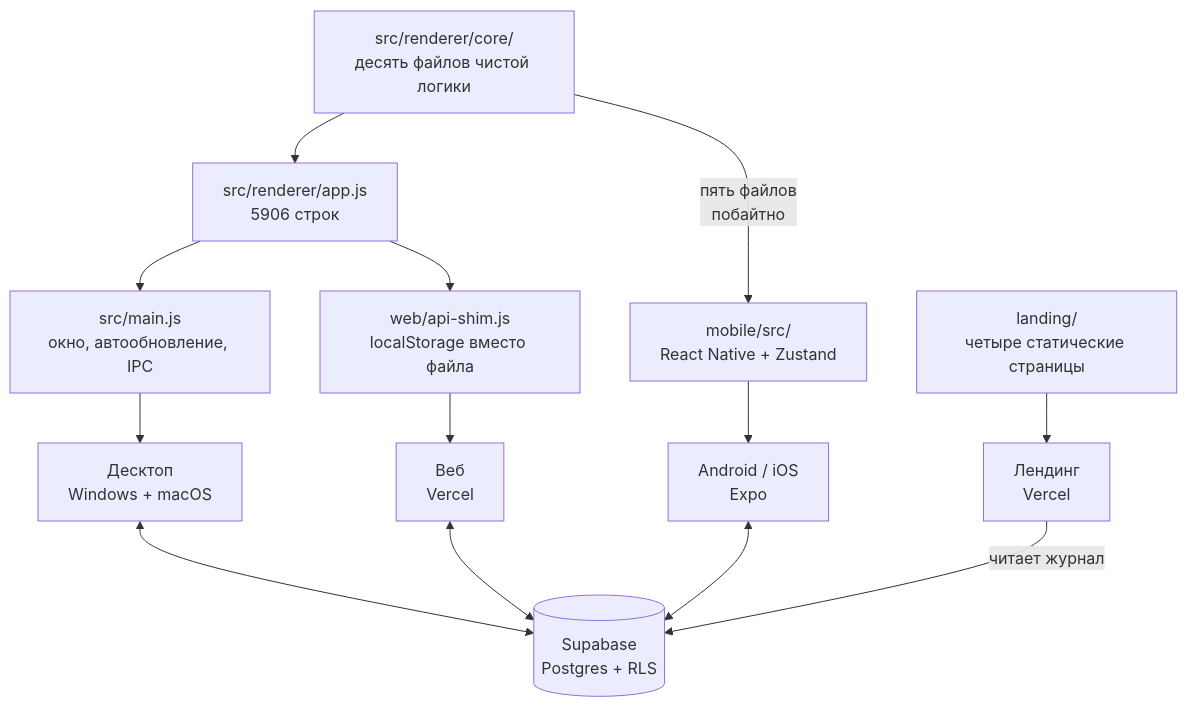
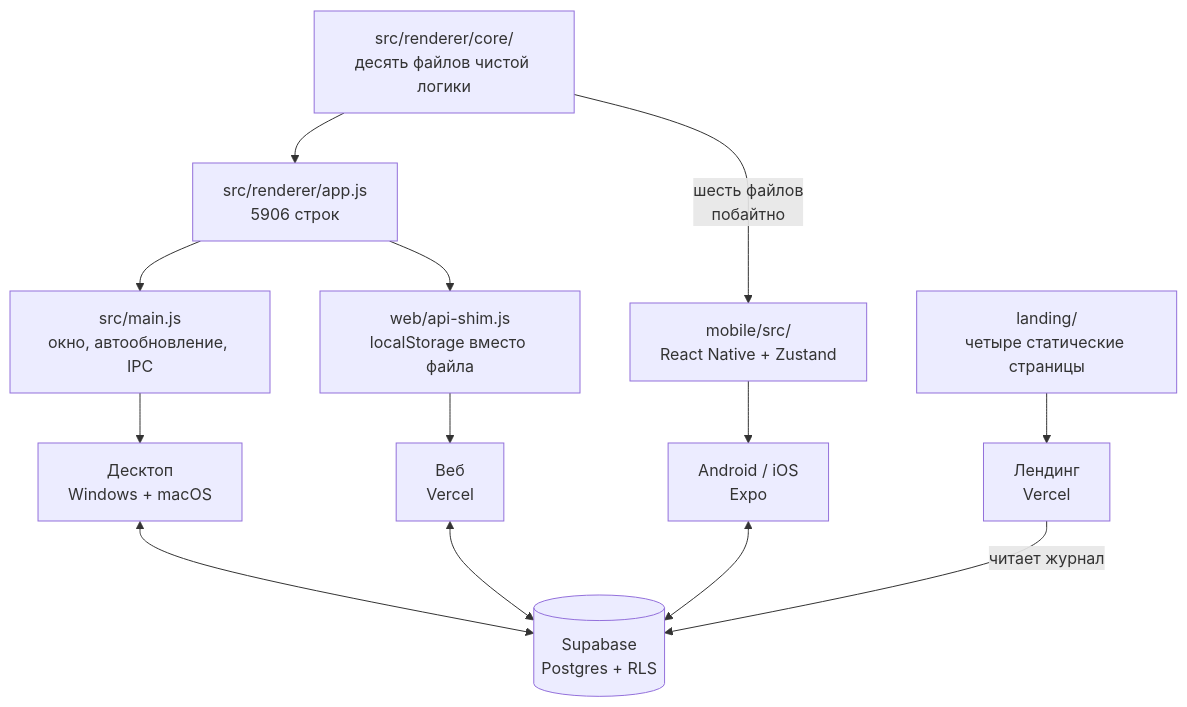
One commit to lancibleofficial/Lancible changed the first of 2 diagrams in ARCHITECTURE.md. Above: the diagram before and after it, drawn with Mermaid. The commit also changed other lines of this file and 6 other files, not shown here.

````diff
--- a/ARCHITECTURE.md
+++ b/ARCHITECTURE.md
@@ -18,25 +18,25 @@
 ```mermaid
 graph TD
     CORE["src/renderer/core/<br/>десять файлов чистой логики"]
 
     APP["src/renderer/app.js<br/>5906 строк"]
     MAIN["src/main.js<br/>окно, автообновление, IPC"]
     SHIM["web/api-shim.js<br/>localStorage вместо файла"]
     MOB["mobile/src/<br/>React Native + Zustand"]
     LAND["landing/<br/>четыре статические страницы"]
 
     CORE --> APP
-    CORE -->|"пять файлов<br/>побайтно"| MOB
+    CORE -->|"шесть файлов<br/>побайтно"| MOB
     APP --> MAIN
     APP --> SHIM
     MAIN --> DESK["Десктоп<br/>Windows + macOS"]
     SHIM --> WEB["Веб<br/>Vercel"]
     MOB --> ANDROID["Android / iOS<br/>Expo"]
     LAND --> SITE["Лендинг<br/>Vercel"]
 
     SB[("Supabase<br/>Postgres + RLS")]
     DESK <--> SB
     WEB <--> SB
     ANDROID <--> SB
     SITE -->|"читает журнал"| SB
 ```
````
